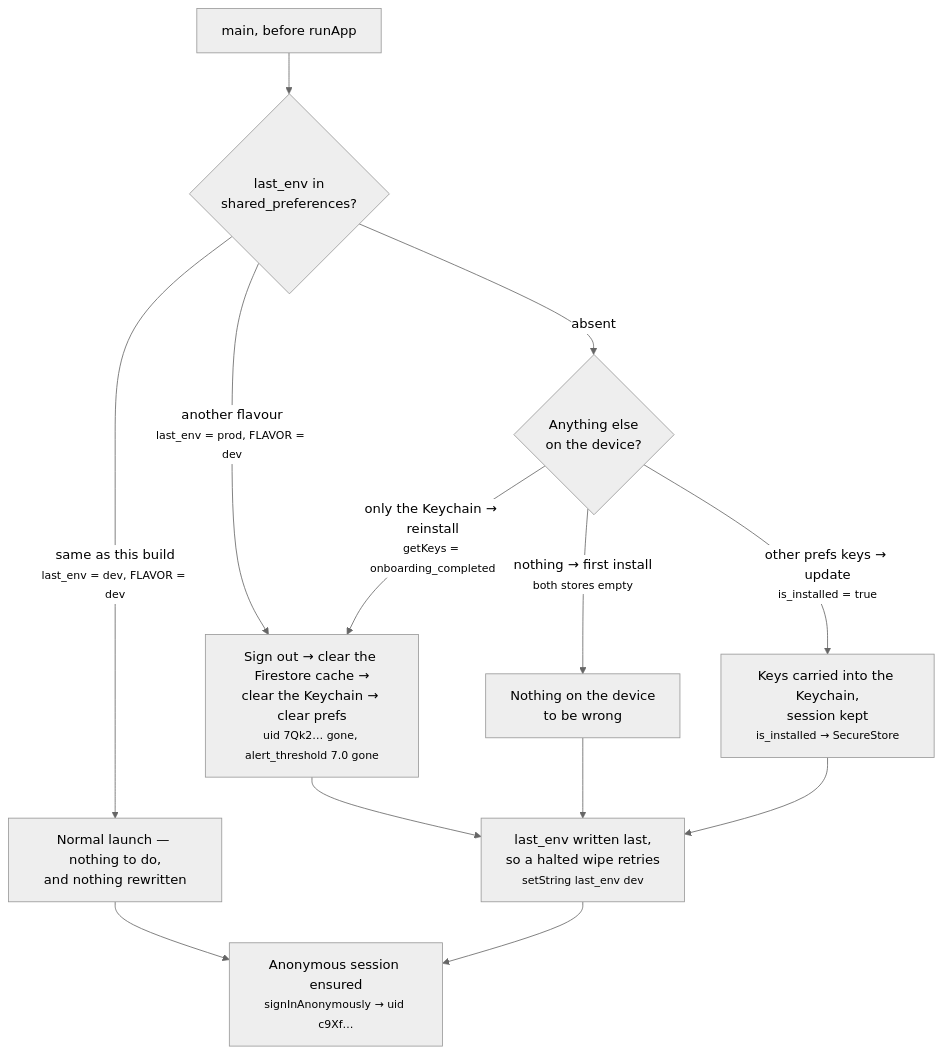
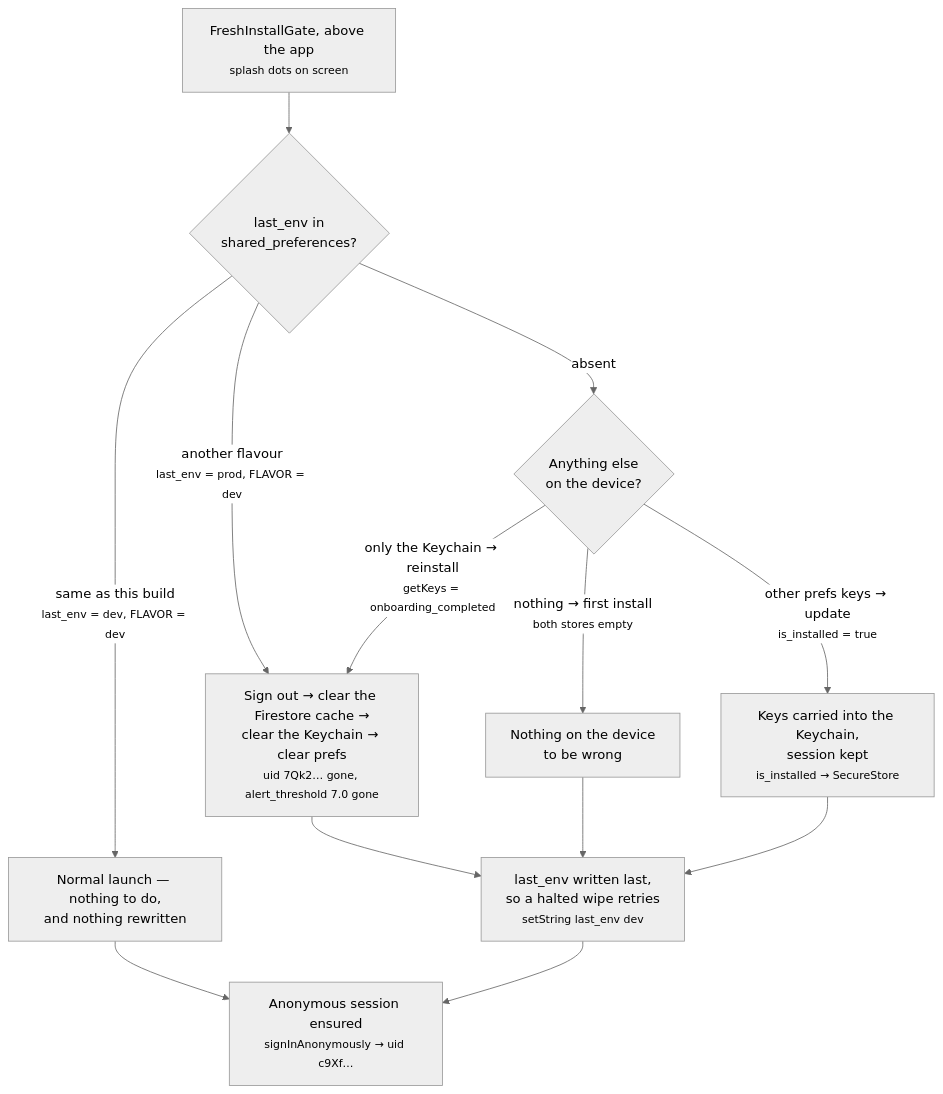
The first of 3 diagrams in README.md (DAMHONGDUC/migraine-tracker), drawn with Mermaid (neutral theme) before and after one commit. The commit also changed other lines of this file and 3 other files, not shown here.

Commit message:
docs: update docs - detail is the device check runs behind FreshInstallGate

````diff
--- a/README.md
+++ b/README.md
@@ -171,15 +171,15 @@
 ```mermaid
 flowchart TD
-  A["main, before runApp"] --> B{"last_env in<br/>shared_preferences?"}
+  A["FreshInstallGate, above the app<br/><small>splash dots on screen</small>"] --> B{"last_env in<br/>shared_preferences?"}
   B -- "same as this build<br/><small>last_env = dev, FLAVOR = dev</small>" --> C["Normal launch — nothing to do,<br/>and nothing rewritten"]
   B -- "another flavour<br/><small>last_env = prod, FLAVOR = dev</small>" --> W["Wipe"]
   B -- "absent" --> D{"Anything else<br/>on the device?"}
   D -- "other prefs keys → update<br/><small>is_installed = true</small>" --> F["Keys carried into the Keychain,<br/>session kept<br/><small>is_installed → SecureStore</small>"]
   D -- "only the Keychain → reinstall<br/><small>getKeys = onboarding_completed</small>" --> W
   D -- "nothing → first install<br/><small>both stores empty</small>" --> G["Nothing on the device<br/>to be wrong"]
   W["Sign out → clear the Firestore cache →<br/>clear the Keychain → clear prefs<br/><small>uid 7Qk2… gone, alert_threshold 7.0 gone</small>"] --> H
   G --> H
   C --> I
   F --> H["last_env written last,<br/>so a halted wipe retries<br/><small>setString last_env dev</small>"]
   H --> I["Anonymous session ensured<br/><small>signInAnonymously → uid c9Xf…</small>"]
 ```
````
